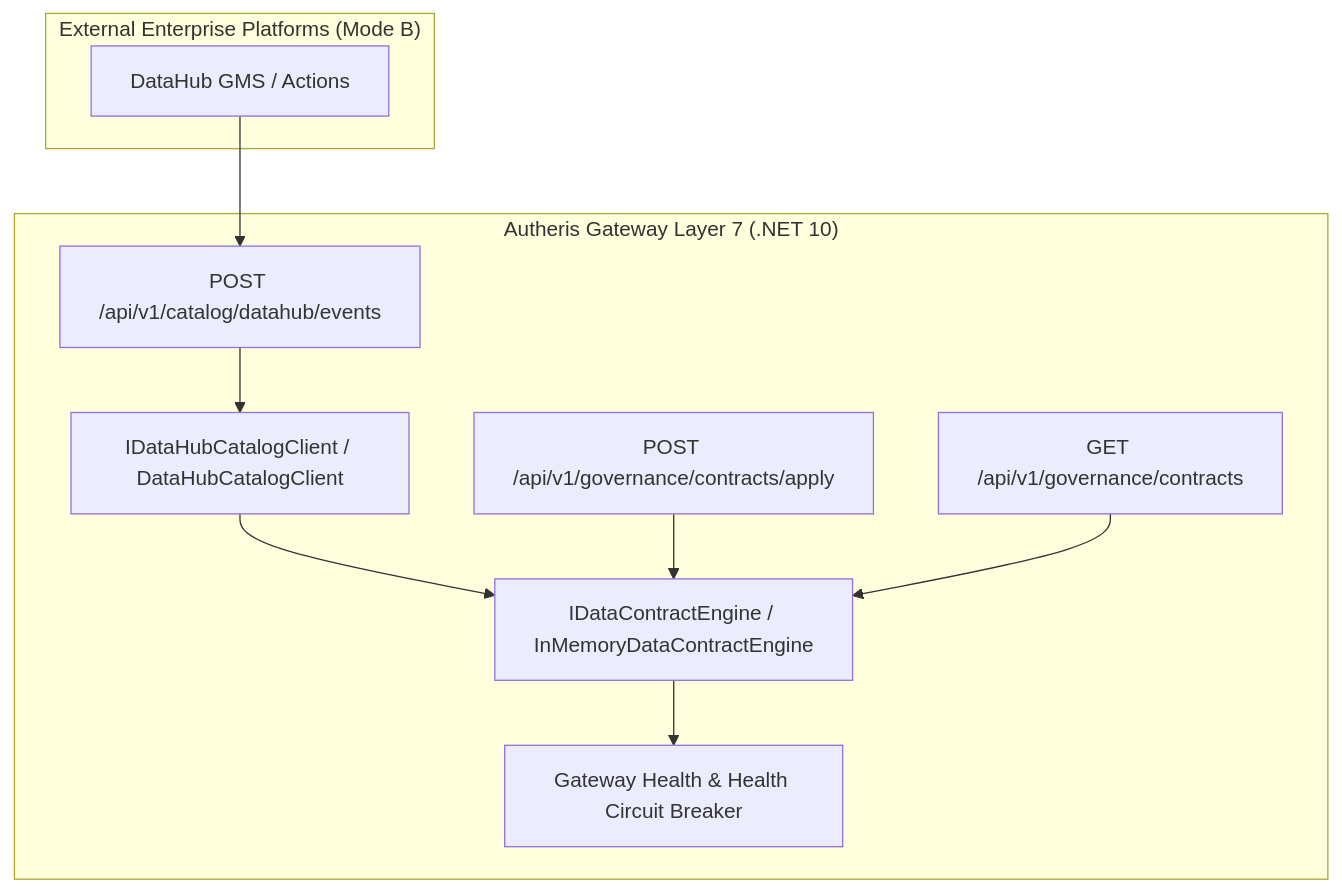
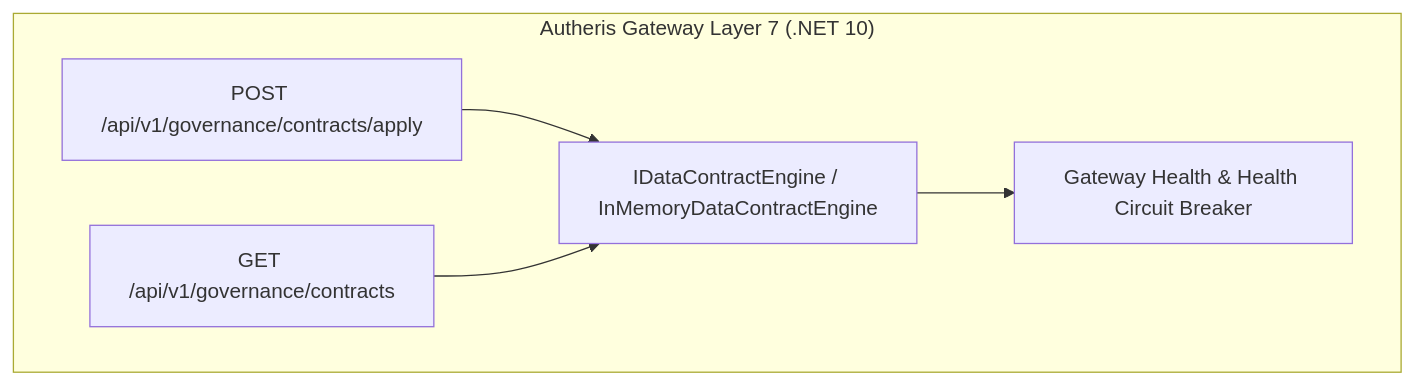
Before and after one commit to themulle/autheris: the diagram in docs/features/f-gov-18-datahub-integration-contracts.md, drawn with Mermaid. The commit also changed other lines of this file and 208 other files, not shown here.

````diff
--- a/docs/features/f-gov-18-datahub-integration-contracts.md
+++ b/docs/features/f-gov-18-datahub-integration-contracts.md
@@ -19,22 +18,15 @@
 ```mermaid
 flowchart TD
-    subgraph External ["External Enterprise Platforms (Mode B)"]
-        DataHub["DataHub GMS / Actions"]
-    end
-
     subgraph Gateway ["Autheris Gateway Layer 7 (.NET 10)"]
-        Webhook["POST /api/v1/catalog/datahub/events"]
         ApplyApi["POST /api/v1/governance/contracts/apply"]
         QueryApi["GET /api/v1/governance/contracts"]
 
         Engine["IDataContractEngine / InMemoryDataContractEngine"]
-        Client["IDataHubCatalogClient / DataHubCatalogClient"]
         
         Enforcer["Gateway Health & Health Circuit Breaker"]
     end
 
-    DataHub --> Webhook --> Client --> Engine
     ApplyApi --> Engine
     QueryApi --> Engine
     Engine --> Enforcer
 ```
````
